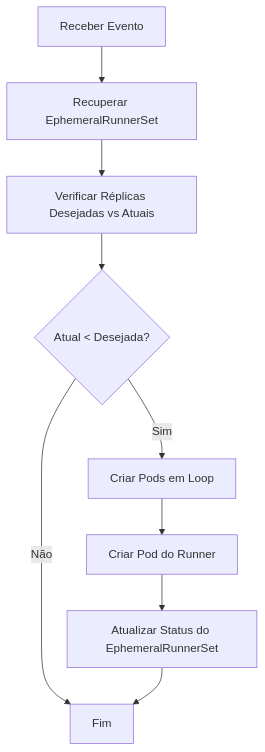
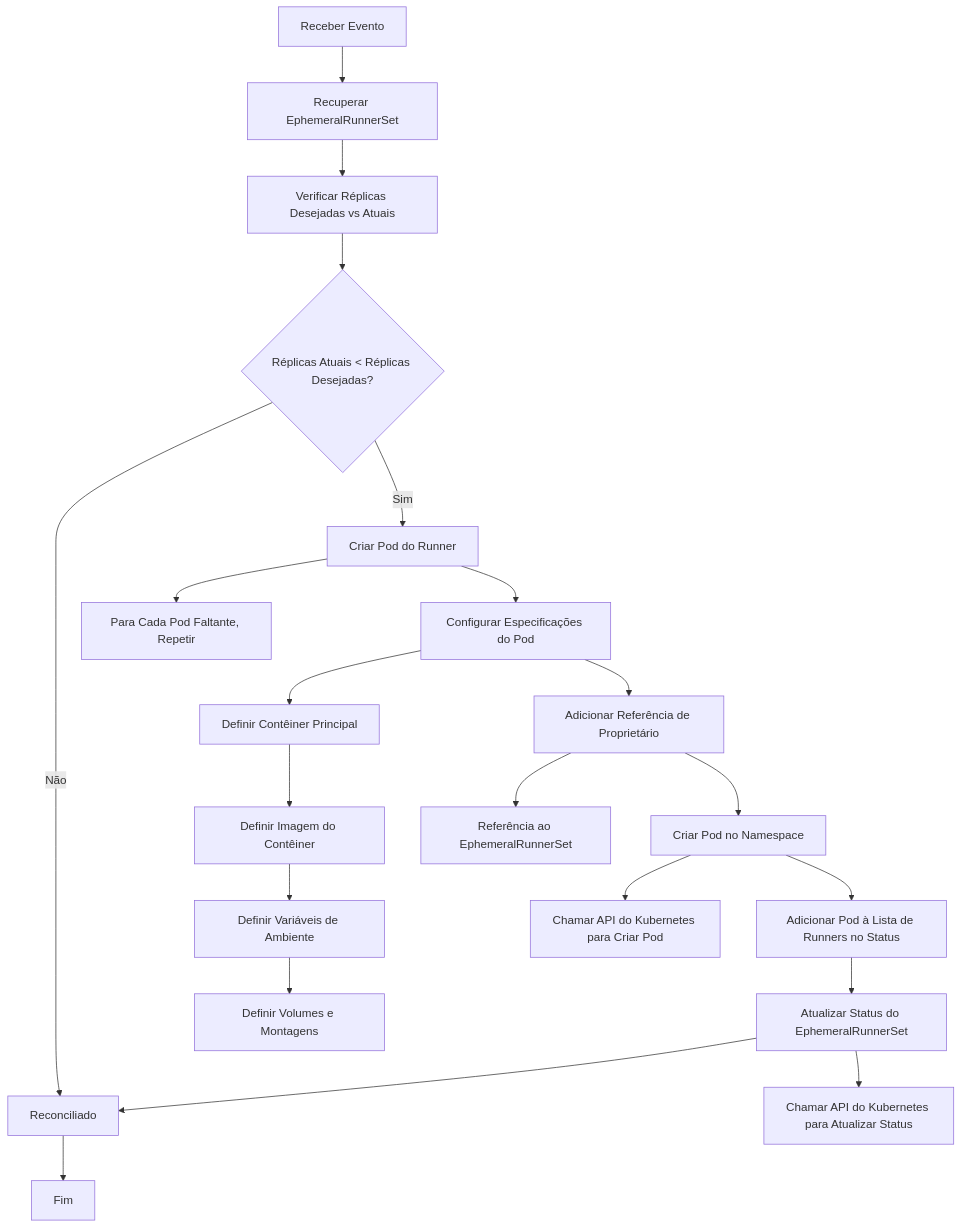
The diagram in README.md (diegotecbr/workflow1), drawn with Mermaid before and after one commit.

````diff
--- a/README.md
+++ b/README.md
@@ -1,11 +1,26 @@
 ```mermaid
 graph TD
-    A[Receber Evento] --> B[Recuperar EphemeralRunnerSet]
+    A[Receber Evento]
+    A --> B[Recuperar EphemeralRunnerSet]
     B --> C[Verificar Réplicas Desejadas vs Atuais]
-    C --> D{Atual < Desejada?}
-    D -->|Sim| E[Criar Pods em Loop]
-    E --> F[Criar Pod do Runner]
-    F --> G[Atualizar Status do EphemeralRunnerSet]
-    D -->|Não| H[Fim]
-    G --> H
+    C --> D{Réplicas Atuais < Réplicas Desejadas?}
+    D -->|Sim| E[Criar Pod do Runner]
+    E --> F[Configurar Especificações do Pod]
+    F --> G[Adicionar Referência de Proprietário]
+    G --> H[Criar Pod no Namespace]
+    H --> I[Adicionar Pod à Lista de Runners no Status]
+    I --> J[Atualizar Status do EphemeralRunnerSet]
+    D -->|Não| K[Reconciliado]
+    J --> K
+    K --> L[Fim]
+
+    %% Detalhes adicionais para cada passo
+    E --> E1[Para Cada Pod Faltante, Repetir]
+    F --> F1[Definir Contêiner Principal]
+    F1 --> F2[Definir Imagem do Contêiner]
+    F2 --> F3[Definir Variáveis de Ambiente]
+    F3 --> F4[Definir Volumes e Montagens]
+    G --> G1[Referência ao EphemeralRunnerSet]
+    H --> H1[Chamar API do Kubernetes para Criar Pod]
+    J --> J1[Chamar API do Kubernetes para Atualizar Status]
 ```
````
